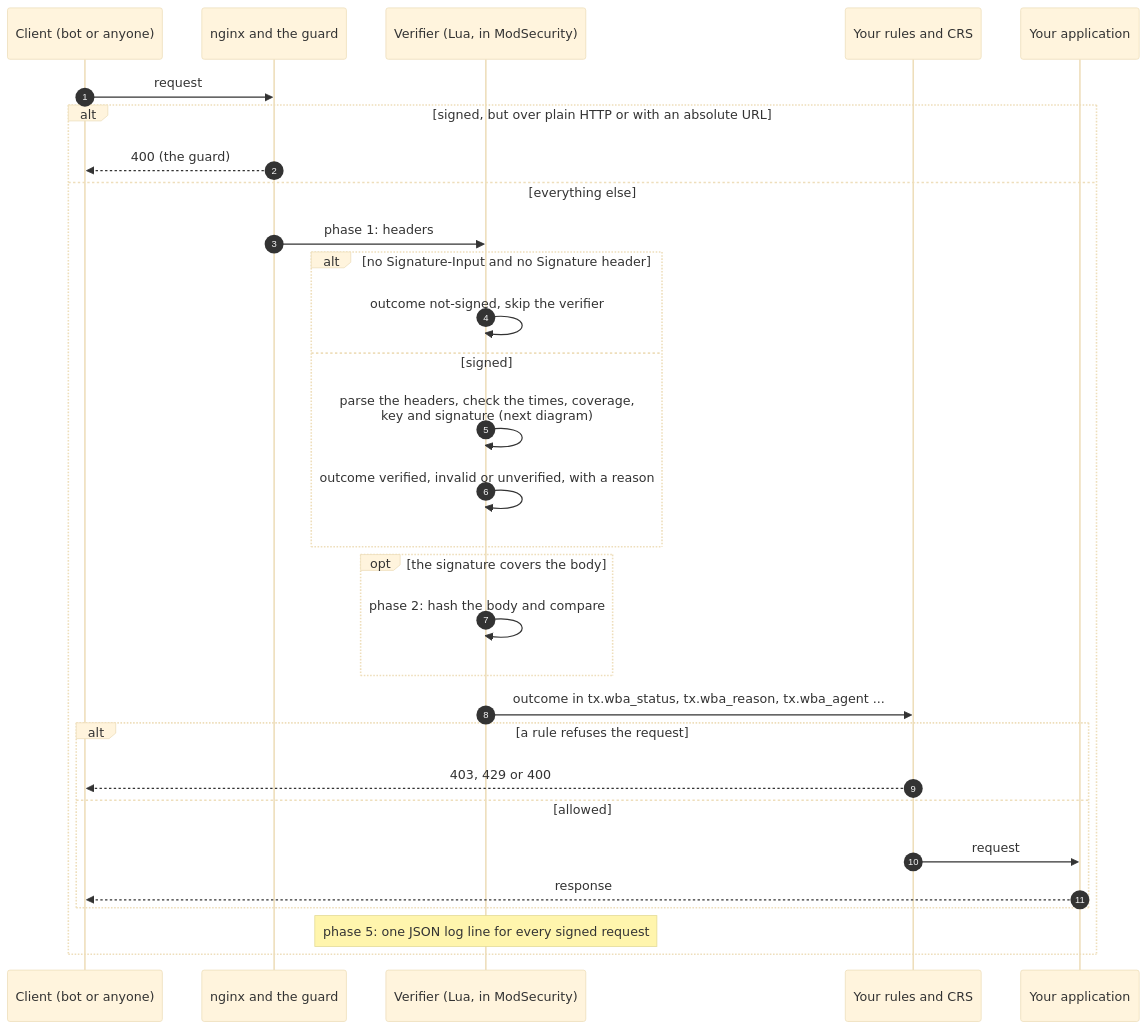
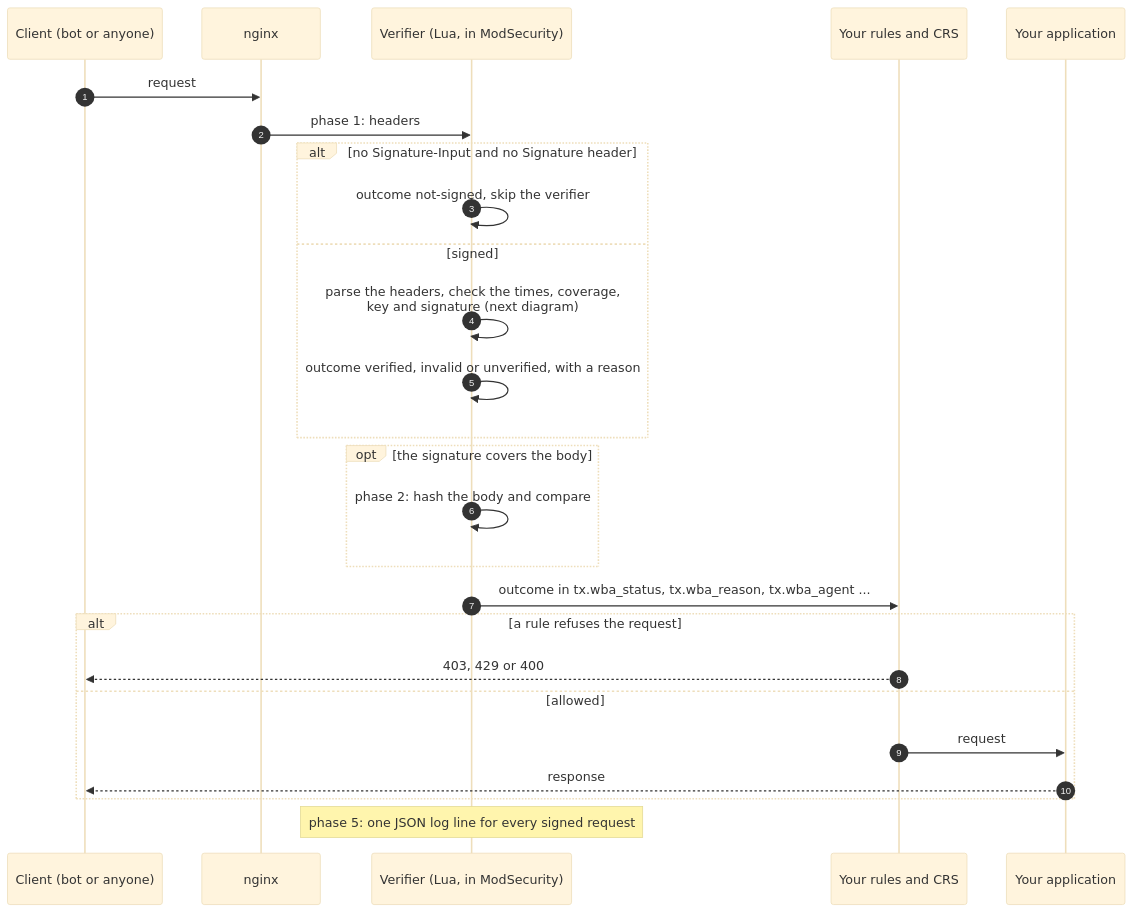
The fourth of 8 diagrams in lua/wba/HOW-IT-WORKS.md (etiennemunnich/modsec-webbotauth-lua), drawn with Mermaid (base theme) before and after one commit. The commit also changed other lines of this file and 84 other files, not shown here.

````diff
--- a/lua/wba/HOW-IT-WORKS.md
+++ b/lua/wba/HOW-IT-WORKS.md
@@ -102,32 +103,28 @@
 ```mermaid
 sequenceDiagram
     autonumber
     participant C as Client (bot or anyone)
-    participant N as nginx and the guard
+    participant N as nginx
     participant V as Verifier (Lua, in ModSecurity)
     participant R as Your rules and CRS
     participant A as Your application
     C->>N: request
-    alt signed, but over plain HTTP or with an absolute URL
-        N-->>C: 400 (the guard)
-    else everything else
-        N->>V: phase 1: headers
-        alt no Signature-Input and no Signature header
-            V->>V: outcome not-signed, skip the verifier
-        else signed
-            V->>V: parse the headers, check the times, coverage,<br/>key and signature (next diagram)
-            V->>V: outcome verified, invalid or unverified, with a reason
-        end
-        opt the signature covers the body
-            V->>V: phase 2: hash the body and compare
-        end
-        V->>R: outcome in tx.wba_status, tx.wba_reason, tx.wba_agent ...
-        alt a rule refuses the request
-            R-->>C: 403, 429 or 400
-        else allowed
-            R->>A: request
-            A-->>C: response
-        end
-        Note over V: phase 5: one JSON log line for every signed request
+    N->>V: phase 1: headers
+    alt no Signature-Input and no Signature header
+        V->>V: outcome not-signed, skip the verifier
+    else signed
+        V->>V: parse the headers, check the times, coverage,<br/>key and signature (next diagram)
+        V->>V: outcome verified, invalid or unverified, with a reason
     end
+    opt the signature covers the body
+        V->>V: phase 2: hash the body and compare
+    end
+    V->>R: outcome in tx.wba_status, tx.wba_reason, tx.wba_agent ...
+    alt a rule refuses the request
+        R-->>C: 403, 429 or 400
+    else allowed
+        R->>A: request
+        A-->>C: response
+    end
+    Note over V: phase 5: one JSON log line for every signed request
 ```
````
